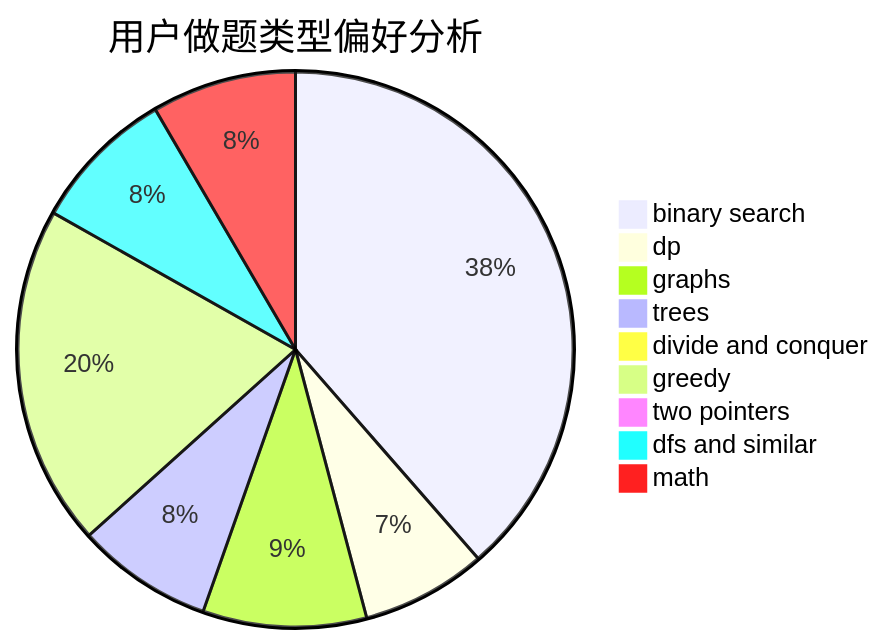
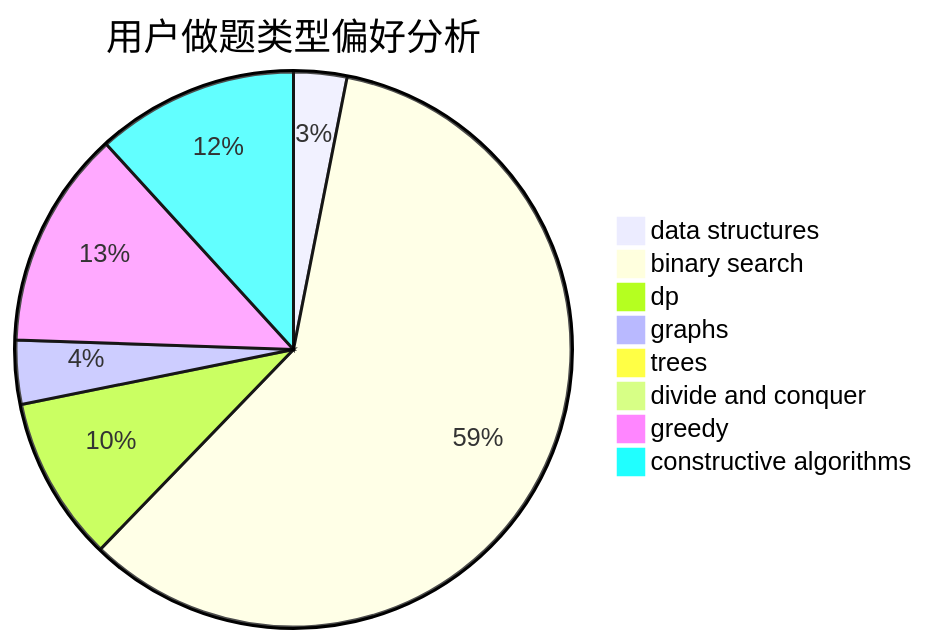
The second of 3 diagrams in docs/user/u1744.md (sherpahu/cfrs.github.io), drawn with Mermaid before and after one commit. The commit also changed other lines of this file and 2775 other files, not shown here.

````diff
--- a/docs/user/u1744.md
+++ b/docs/user/u1744.md
@@ -23,12 +23,11 @@
 ```mermaid
 pie title 用户做题类型偏好分析
-    "binary search" :  243
-    "dp" :  46
-    "graphs" :  60
-    "trees" :  50
+    "data structures" :  10
+    "binary search" :  191
+    "dp" :  31
+    "graphs" :  12
+    "trees" :  3
     "divide and conquer" :  0
-    "greedy" :  125
-    "two pointers" :  5
-    "dfs and similar" :  53
-    "math" :  53
+    "greedy" :  41
+    "constructive algorithms" :  38
 ```
````
